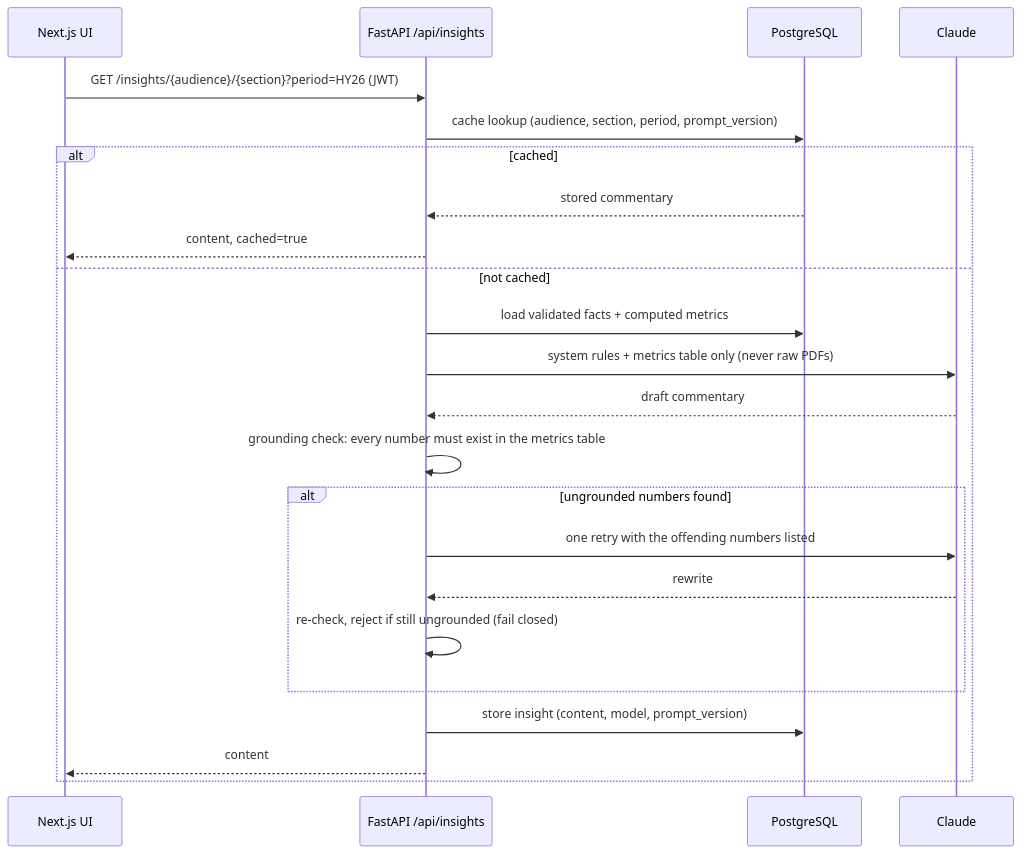
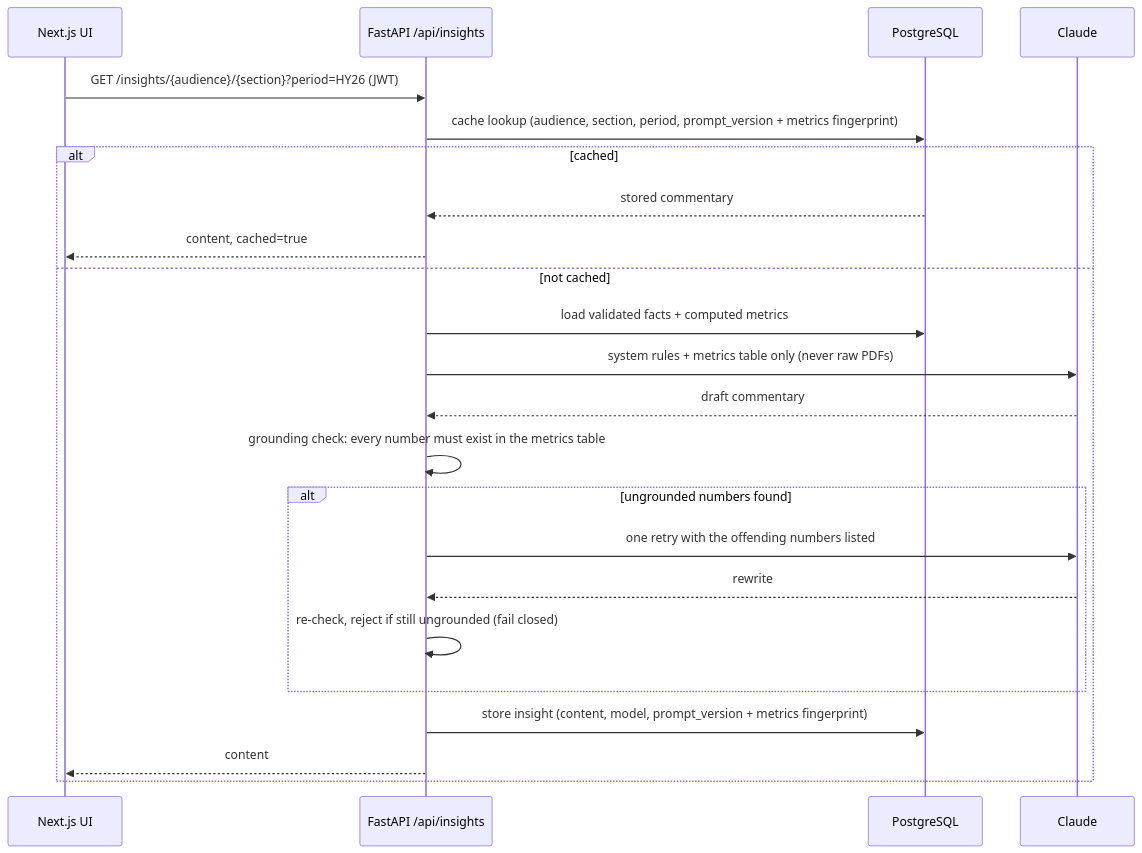
The second of 4 diagrams in docs/ARCHITECTURE.md (ANIKET2703/senus-board-report), drawn with Mermaid before and after one commit. The commit also changed other lines of this file and 5 other files, not shown here.

Commit message:
docs: sync architecture diagram and docs with current state

````diff
--- a/docs/ARCHITECTURE.md
+++ b/docs/ARCHITECTURE.md
@@ -216,26 +216,26 @@
 ```mermaid
 sequenceDiagram
     participant UI as Next.js UI
     participant API as FastAPI /api/insights
     participant DB as PostgreSQL
     participant LLM as Claude
 
     UI->>API: GET /insights/{audience}/{section}?period=HY26 (JWT)
-    API->>DB: cache lookup (audience, section, period, prompt_version)
+    API->>DB: cache lookup (audience, section, period, prompt_version + metrics fingerprint)
     alt cached
         DB-->>API: stored commentary
         API-->>UI: content, cached=true
     else not cached
         API->>DB: load validated facts + computed metrics
         API->>LLM: system rules + metrics table only (never raw PDFs)
         LLM-->>API: draft commentary
         API->>API: grounding check: every number must exist in the metrics table
         alt ungrounded numbers found
             API->>LLM: one retry with the offending numbers listed
             LLM-->>API: rewrite
             API->>API: re-check, reject if still ungrounded (fail closed)
         end
-        API->>DB: store insight (content, model, prompt_version)
+        API->>DB: store insight (content, model, prompt_version + metrics fingerprint)
         API-->>UI: content
     end
 ```
````
